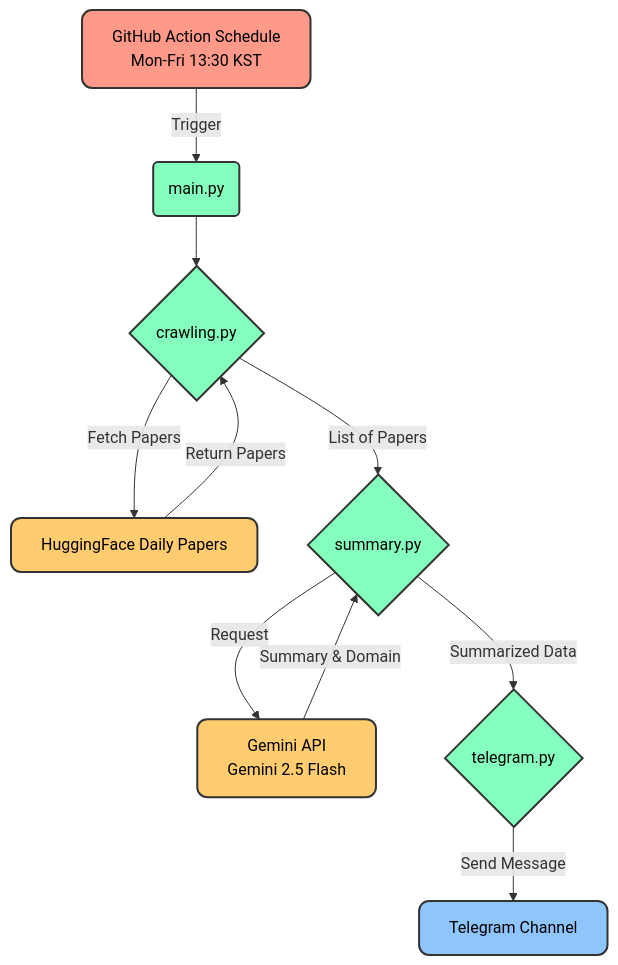
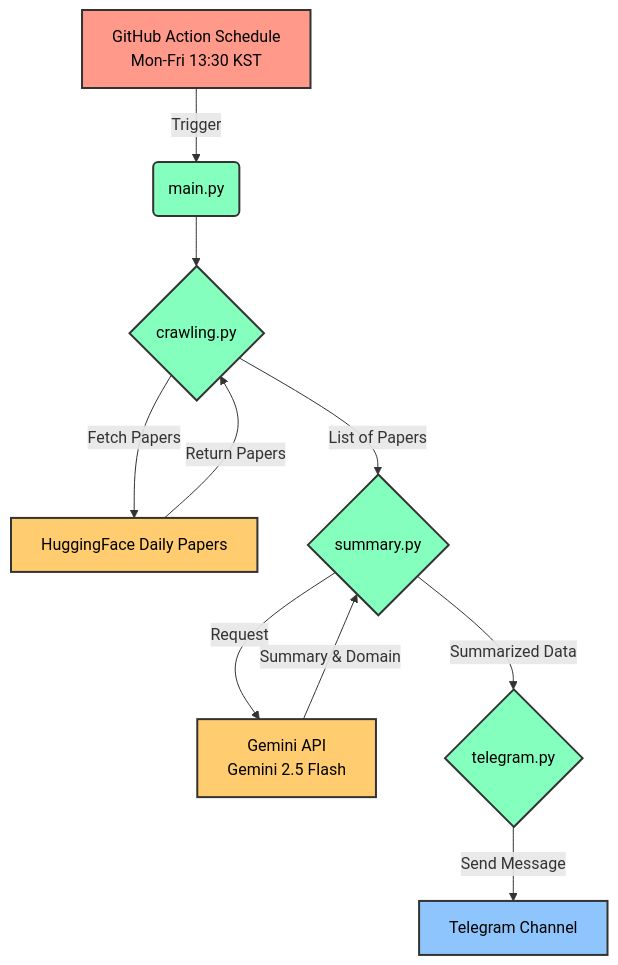
Before and after one commit to hychoi22/daily_hf_papers: the diagram in README.md, drawn with Mermaid.

Commit message:
README 워크플로우 수정

````diff
--- a/README.md
+++ b/README.md
@@ -20,24 +20,24 @@
 ```mermaid
 graph TD
     %% Nodes
     A[GitHub Action Schedule<br/>Mon-Fri 13:30 KST] -->|Trigger| B(main.py)
     B --> C{crawling.py}
     C -->|Fetch Papers| D[HuggingFace Daily Papers]
     D -->|Return Papers| C
     C -->|List of Papers| E{summary.py}
     E -->|Request| F[Gemini API<br/>Gemini 2.5 Flash]
     F -->|Summary & Domain| E
     E -->|Summarized Data| G{telegram.py}
     G -->|Send Message| H[Telegram Channel]
 
     %% Styling
-    classDef trigger fill:#FF9A8B,stroke:#333,stroke-width:2px,color:black,rx:10,ry:10;
-    classDef script fill:#85FFBD,stroke:#333,stroke-width:2px,color:black,rx:5,ry:5;
-    classDef external fill:#FFCC70,stroke:#333,stroke-width:2px,color:black,rx:10,ry:10;
-    classDef output fill:#8EC5FC,stroke:#333,stroke-width:2px,color:black,rx:10,ry:10;
+    classDef trigger fill:#FF9A8B,stroke:#333,stroke-width:2px,color:black;
+    classDef script fill:#85FFBD,stroke:#333,stroke-width:2px,color:black;
+    classDef external fill:#FFCC70,stroke:#333,stroke-width:2px,color:black;
+    classDef output fill:#8EC5FC,stroke:#333,stroke-width:2px,color:black;
 
     class A trigger;
     class B,C,E,G script;
     class D,F external;
     class H output;
 ```
````
